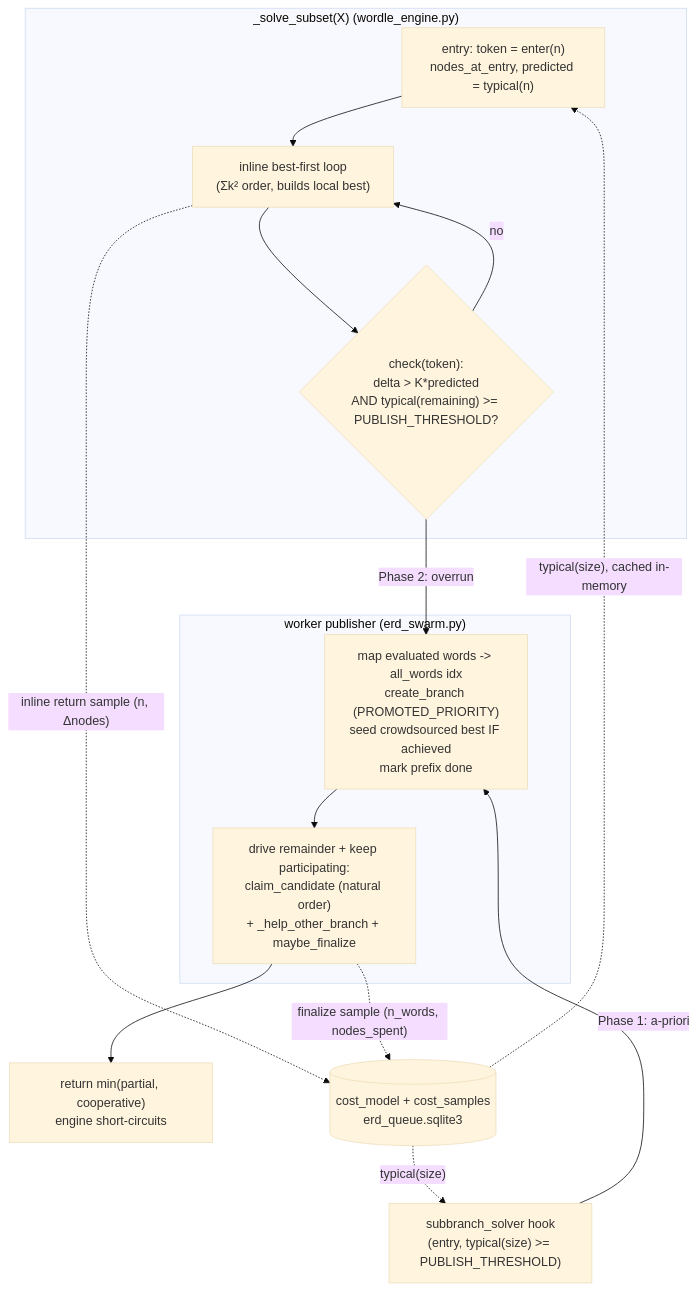
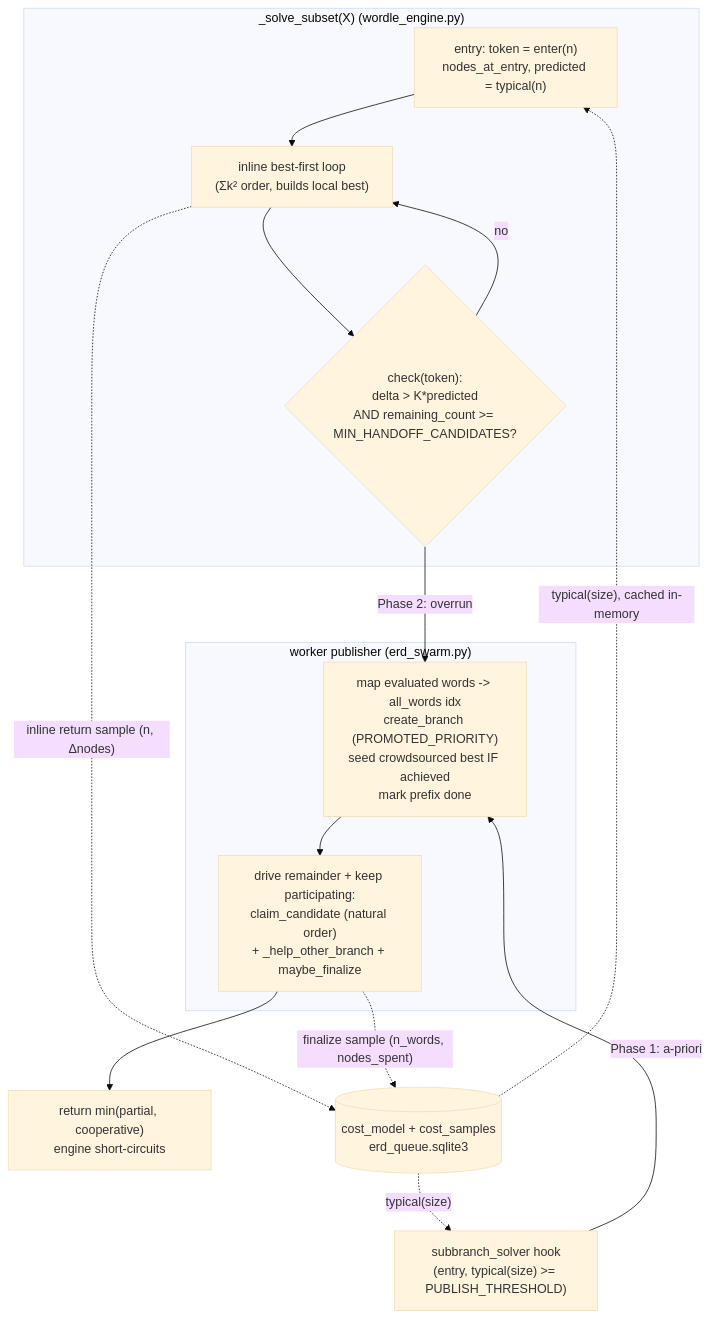
Before and after one commit to ahernsean/wordle: the diagram in adaptive_work_decomposition_plan.md, drawn with Mermaid (base theme). The commit also changed other lines of this file, not shown here.

````diff
--- a/adaptive_work_decomposition_plan.md
+++ b/adaptive_work_decomposition_plan.md
@@ -553,23 +599,23 @@
 ```mermaid
 flowchart TD
     subgraph engine["_solve_subset(X)  (wordle_engine.py)"]
         E0["entry: token = enter(n)\nnodes_at_entry, predicted = typical(n)"]
         E1["inline best-first loop\n(Σk² order, builds local best)"]
-        E2{"check(token):\ndelta > K*predicted\nAND typical(remaining) >= PUBLISH_THRESHOLD?"}
+        E2{"check(token):\ndelta > K*predicted\nAND remaining_count >= MIN_HANDOFF_CANDIDATES?"}
         E0 --> E1 --> E2
         E2 -- no --> E1
     end
     subgraph swarm["worker publisher (erd_swarm.py)"]
         P1["map evaluated words -> all_words idx\ncreate_branch (PROMOTED_PRIORITY)\nseed crowdsourced best IF achieved\nmark prefix done"]
         P2["drive remainder + keep participating:\nclaim_candidate (natural order)\n+ _help_other_branch + maybe_finalize"]
         P1 --> P2
     end
     E2 -- "Phase 2: overrun" --> P1
     SH["subbranch_solver hook\n(entry, typical(size) >= PUBLISH_THRESHOLD)"] -- "Phase 1: a-priori" --> P1
     P2 --> R["return min(partial, cooperative)\nengine short-circuits"]
     CM[("cost_model + cost_samples\nerd_queue.sqlite3")]
     E1 -. "inline return sample (n, Δnodes)" .-> CM
     P2 -. "finalize sample (n_words, nodes_spent)" .-> CM
     CM -. "typical(size), cached in-memory" .-> E0
     CM -. "typical(size)" .-> SH
 ```
````
